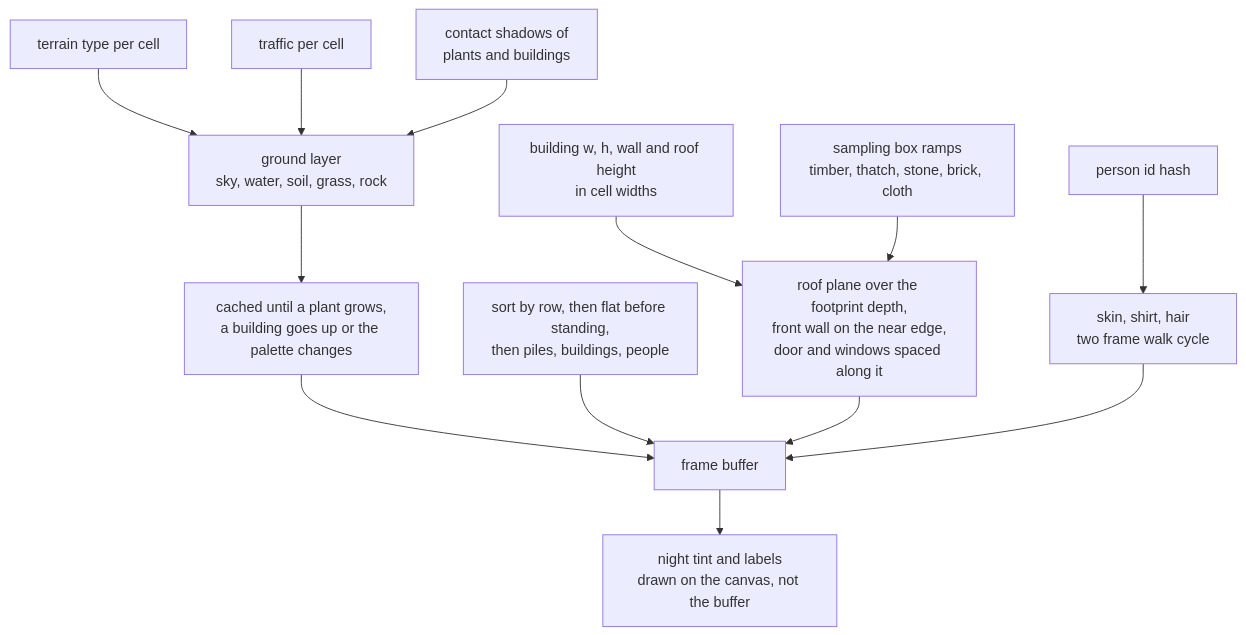
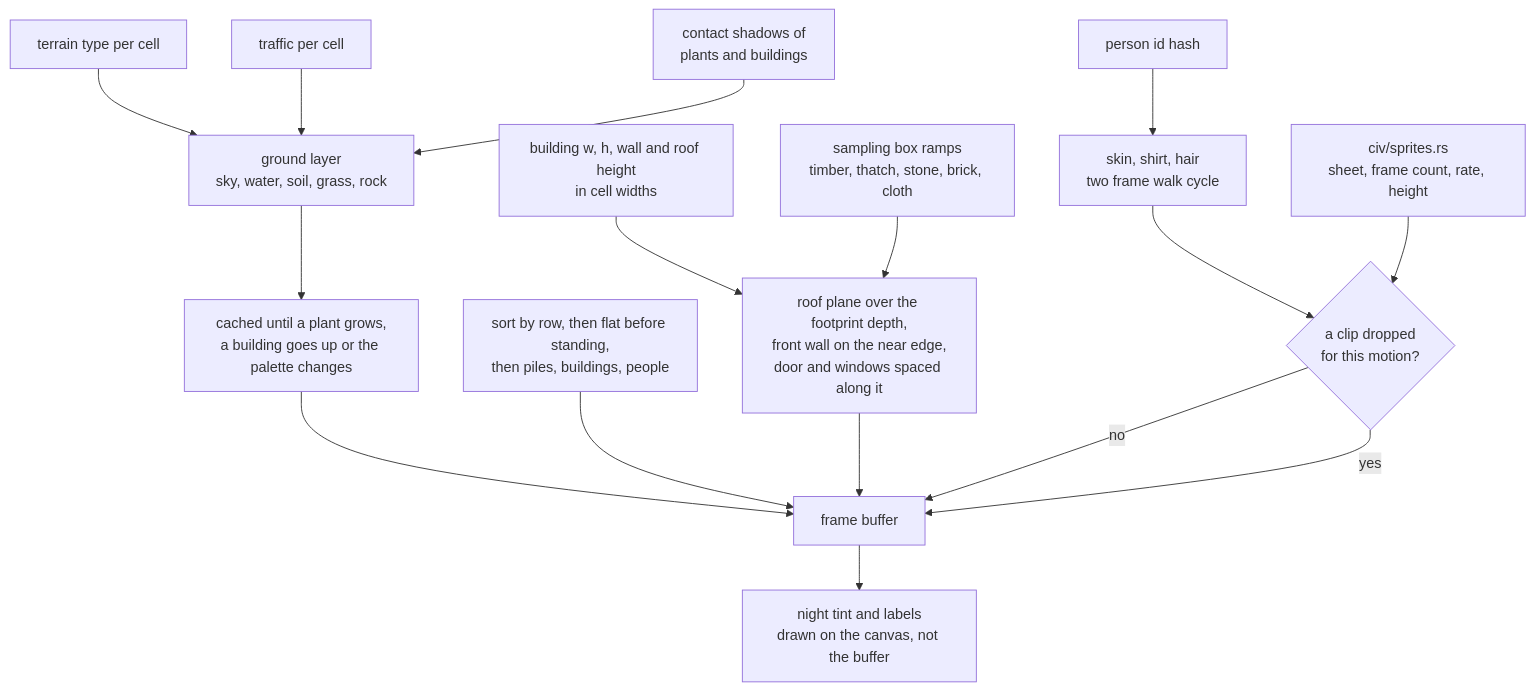
Before and after one commit to tmpk13/grow: diagram 26 of 32 in ARCHITECTURE.md, drawn with Mermaid. The commit also changed other lines of this file and 19 other files, not shown here.

````diff
--- a/ARCHITECTURE.md
+++ b/ARCHITECTURE.md
@@ -884,15 +916,18 @@
 ```mermaid
 flowchart TD
   terrain["terrain type per cell"] --> ground["ground layer<br/>sky, water, soil, grass, rock"]
   traffic["traffic per cell"] --> ground
   shadows["contact shadows of<br/>plants and buildings"] --> ground
   ground --> cache["cached until a plant grows,<br/>a building goes up or the palette changes"]
   cache --> frame["frame buffer"]
   order["sort by row, then flat before standing,<br/>then piles, buildings, people"] --> frame
   bdef["building w, h, wall and roof height<br/>in cell widths"] --> bsprite["roof plane over the footprint depth,<br/>front wall on the near edge,<br/>door and windows spaced along it"]
   ramps["sampling box ramps<br/>timber, thatch, stone, brick, cloth"] --> bsprite
   bsprite --> frame
   pseed["person id hash"] --> psprite["skin, shirt, hair<br/>two frame walk cycle"]
-  psprite --> frame
+  psprite --> pick{"a clip dropped<br/>for this motion?"}
+  clip["civ/sprites.rs<br/>sheet, frame count, rate, height"] --> pick
+  pick -->|no| frame
+  pick -->|yes| frame
   frame --> night["night tint and labels<br/>drawn on the canvas, not the buffer"]
 ```
````
